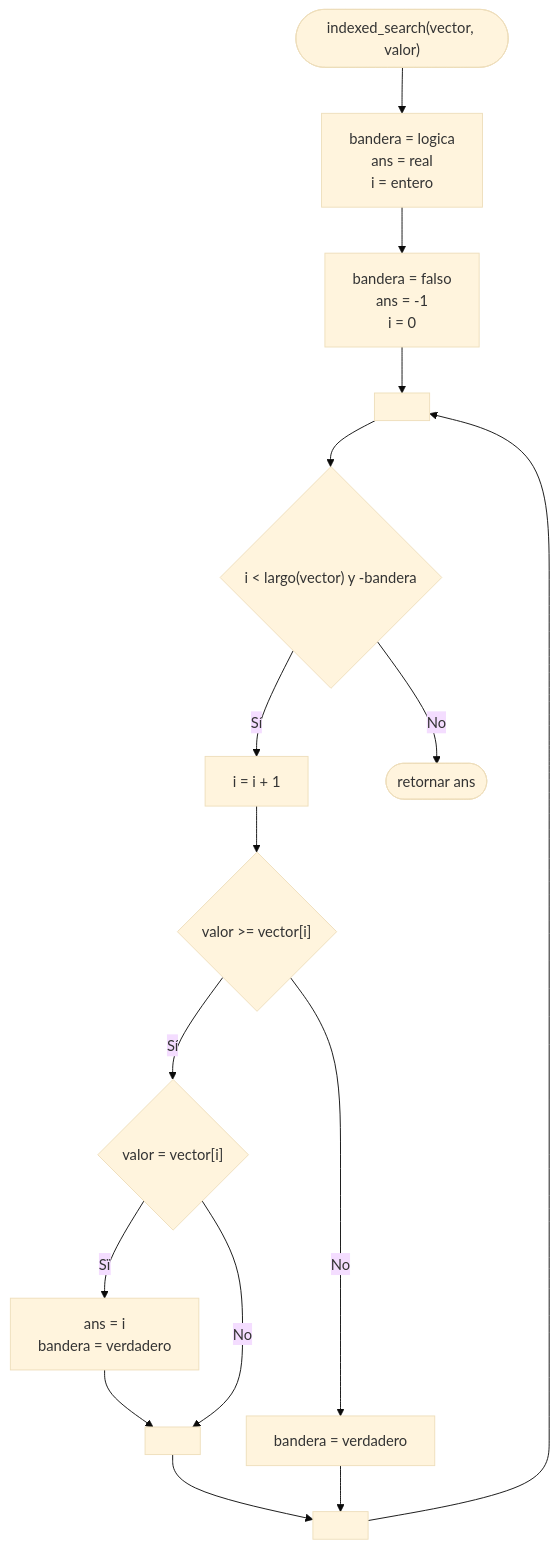
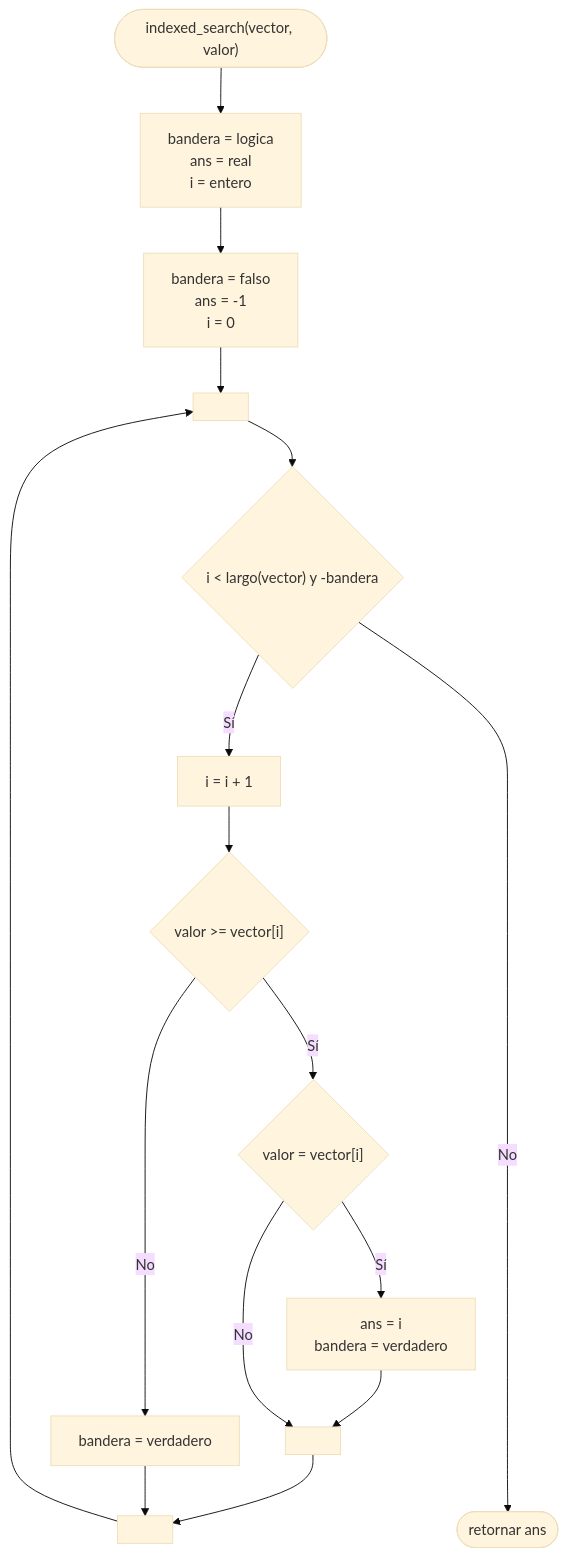
One commit to martinstanicio/ingenieria-en-sistemas changed the diagram in Algoritmos y Estructuras de Datos/Búsqueda indexada.md. Above: the diagram before and after it, drawn with Mermaid (base theme). The commit also changed other lines of this file and 1 other file, not shown here.

Commit message:
vault backup: 2024-09-17 21:57:51

````diff
--- a/Algoritmos y Estructuras de Datos/Búsqueda indexada.md
+++ b/Algoritmos y Estructuras de Datos/Búsqueda indexada.md
@@ -21,35 +21,35 @@
 ```mermaid
 flowchart TB
 	comienzo(["indexed_search(vector, valor)"])
     
 	variables["`bandera = logica
 	ans = real
 	i = entero`"]
 	
 	inicializar["`bandera = falso
 	ans = -1
 	i = 0`"]
 	
 	while{"i < largo(vector) y -bandera"}
 	contador["i = i + 1"]
 	if1{"valor >= vector[i]"}
 	if1no["bandera = verdadero"]
 	if2{"valor = vector[i]"}
 	if2si["`ans = i
 	bandera = verdadero`"]
 		
 	fin(["retornar ans"])
 	
 	a[" "]
 	b[" "]
 	c[" "]
     
 	comienzo --> variables --> inicializar --> a --> while
 	while -- "Sí" --> contador --> if1
 	if1 -- "Sí" --> if2
-	if2 -- "Sï" --> if2si --> b
+	if2 -- "Sí" --> if2si --> b
 	if2 -- "No" --> b
 	b --> c
 	if1 -- "No" --> if1no --> c --> a
-	while -- "No" --> fin
+	while -- "No" -------> fin
 ```
````
